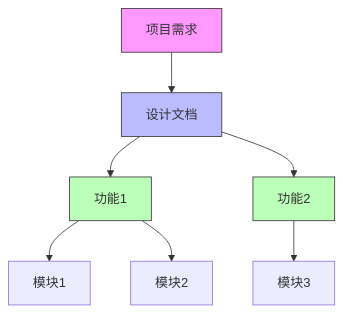
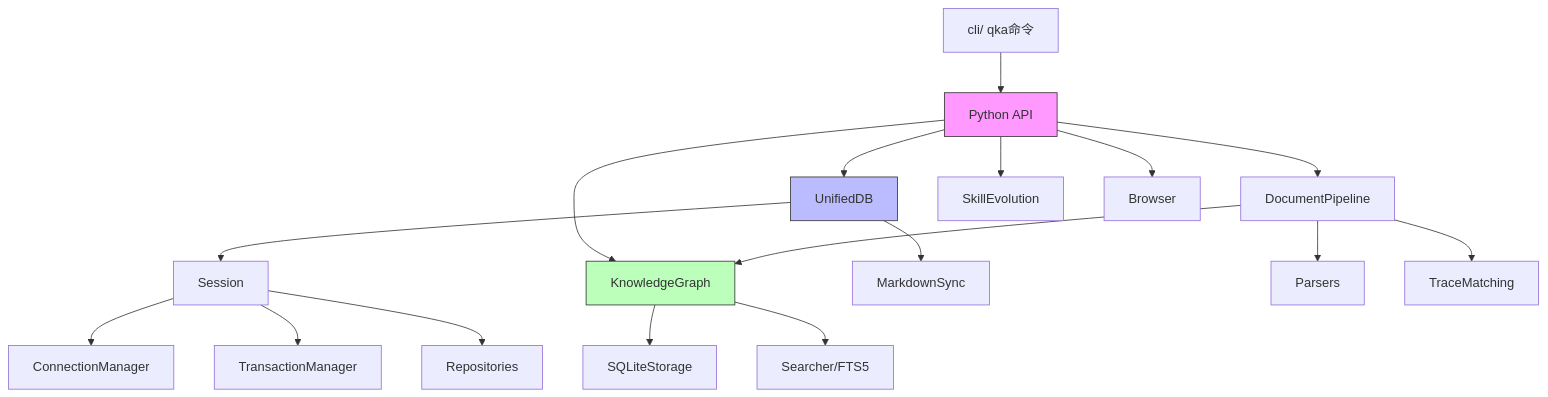
The first of 2 diagrams in Docs/INDEX.md (Coder-Beam/Quick-Agents-for-Z.AI-GLM), drawn with Mermaid before and after one commit. The commit also changed other lines of this file and 6 other files, not shown here.

````diff
--- a/Docs/INDEX.md
+++ b/Docs/INDEX.md
@@ -64,14 +107,26 @@
 ```mermaid
 graph TD
-    A[项目需求] --> B[设计文档]
-    B --> C[功能1]
-    B --> D[功能2]
-    C --> E[模块1]
-    C --> F[模块2]
-    D --> G[模块3]
+    CLI[cli/ qka命令] --> API[Python API]
+    API --> UDB[UnifiedDB]
+    API --> KG[KnowledgeGraph]
+    API --> DOC[DocumentPipeline]
+    API --> EVOLUTION[SkillEvolution]
+    API --> BROWSER[Browser]
     
-    style A fill:#f9f,stroke:#333
-    style B fill:#bbf,stroke:#333
-    style C fill:#bfb,stroke:#333
-    style D fill:#bfb,stroke:#333
+    UDB --> SESSION[Session]
+    SESSION --> CONN[ConnectionManager]
+    SESSION --> TX[TransactionManager]
+    SESSION --> REPOS[Repositories]
+    UDB --> MDSYNC[MarkdownSync]
+    
+    KG --> STORAGE[SQLiteStorage]
+    KG --> SEARCHER[Searcher/FTS5]
+    
+    DOC --> PARSERS[Parsers]
+    DOC --> MATCHING[TraceMatching]
+    DOC --> KG
+    
+    style API fill:#f9f,stroke:#333
+    style UDB fill:#bbf,stroke:#333
+    style KG fill:#bfb,stroke:#333
 ```
````
